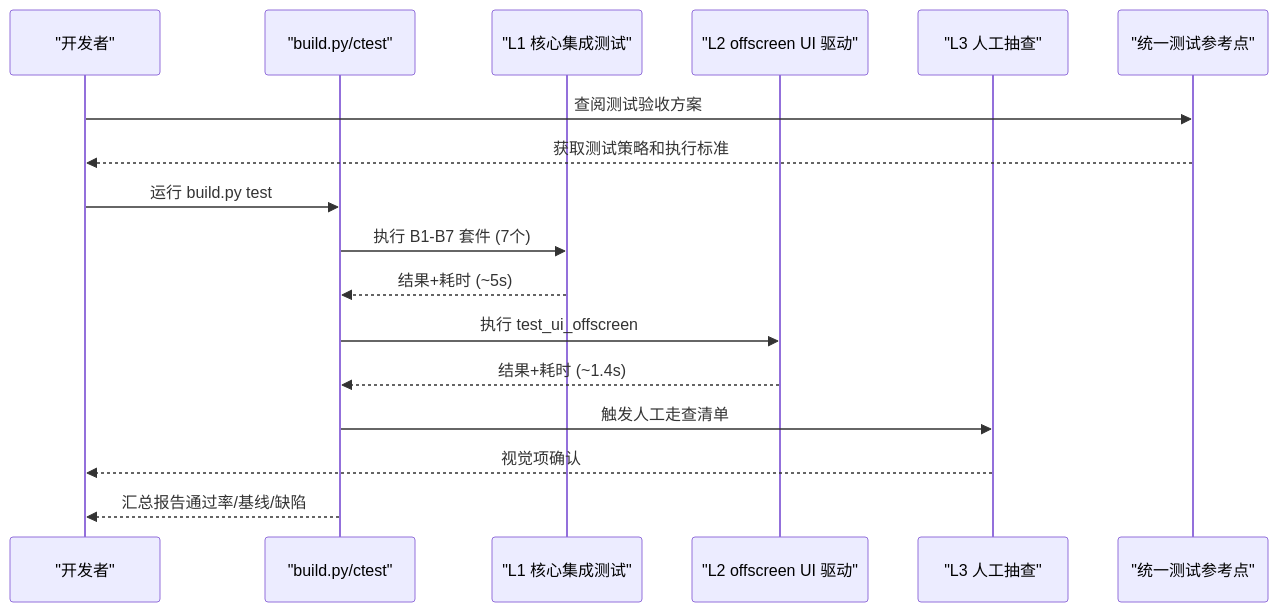
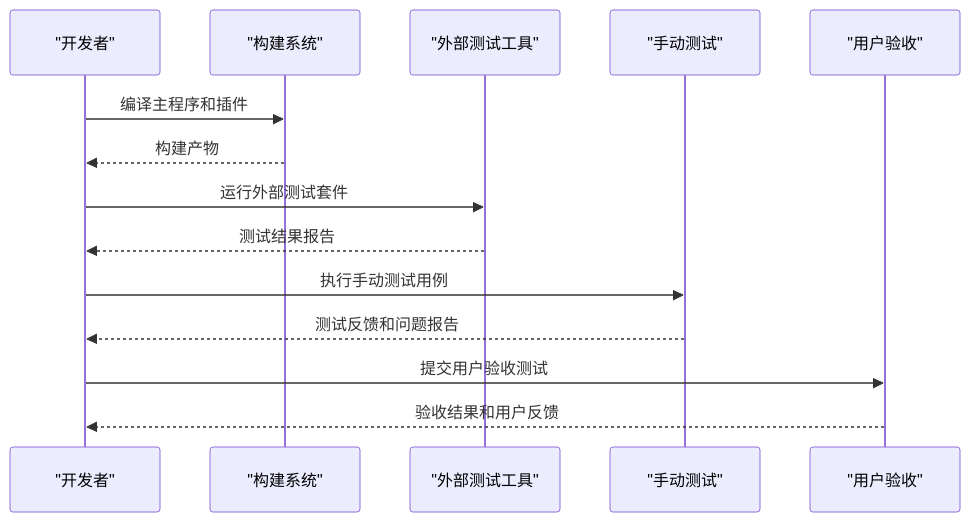
One commit to jakecai1225-design/OpenBus changed the second of 3 diagrams in .qoder/repowiki/zh/content/开发指南/测试策略文档.md. Above: the diagram before and after it, drawn with Mermaid. The commit also changed other lines of this file and 11 other files, not shown here.

````diff
--- a/.qoder/repowiki/zh/content/开发指南/测试策略文档.md
+++ b/.qoder/repowiki/zh/content/开发指南/测试策略文档.md
@@ -86,19 +87,16 @@
 ```mermaid
 sequenceDiagram
 participant Dev as "开发者"
-participant Build as "build.py/ctest"
-participant L1 as "L1 核心集成测试"
-participant L2 as "L2 offscreen UI 驱动"
-participant L3 as "L3 人工抽查"
-participant Ref as "统一测试参考点"
-Dev->>Ref : 查阅测试验收方案
-Ref-->>Dev : 获取测试策略和执行标准
-Dev->>Build : 运行 build.py test
-Build->>L1 : 执行 B1-B7 套件 (7个)
-L1-->>Build : 结果+耗时 (~5s)
-Build->>L2 : 执行 test_ui_offscreen
-L2-->>Build : 结果+耗时 (~1.4s)
-Build->>L3 : 触发人工走查清单
-L3-->>Dev : 视觉项确认
-Build-->>Dev : 汇总报告通过率/基线/缺陷
+participant Build as "构建系统"
+participant ExtTest as "外部测试工具"
+participant Manual as "手动测试"
+participant UAT as "用户验收"
+Dev->>Build : 编译主程序和插件
+Build-->>Dev : 构建产物
+Dev->>ExtTest : 运行外部测试套件
+ExtTest-->>Dev : 测试结果报告
+Dev->>Manual : 执行手动测试用例
+Manual-->>Dev : 测试反馈和问题报告
+Dev->>UAT : 提交用户验收测试
+UAT-->>Dev : 验收结果和用户反馈
 ```
````
